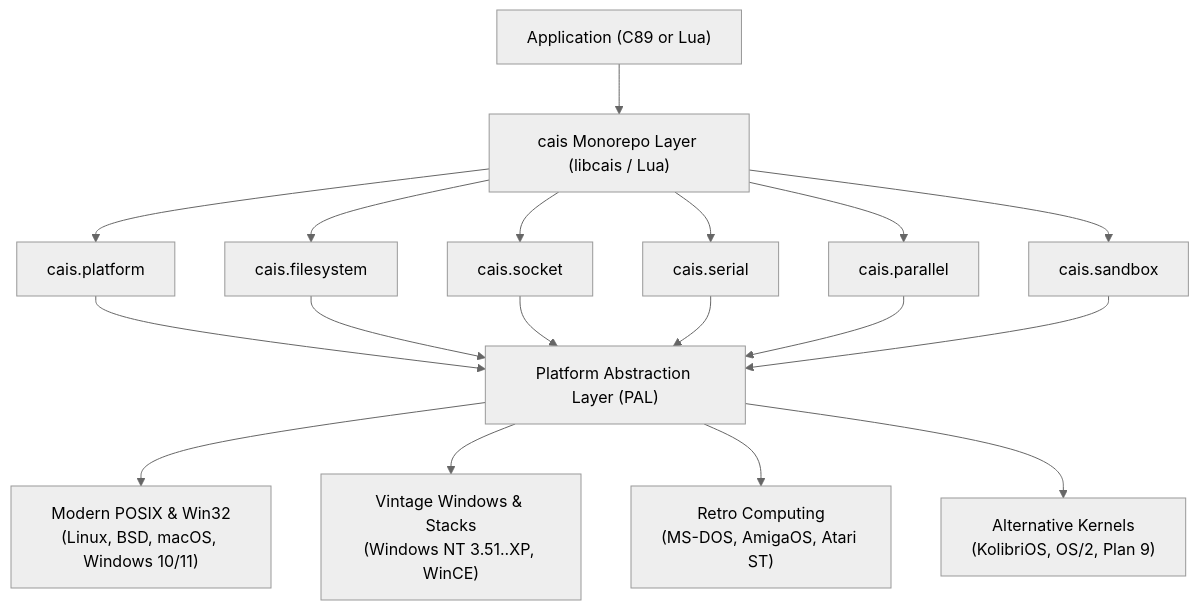
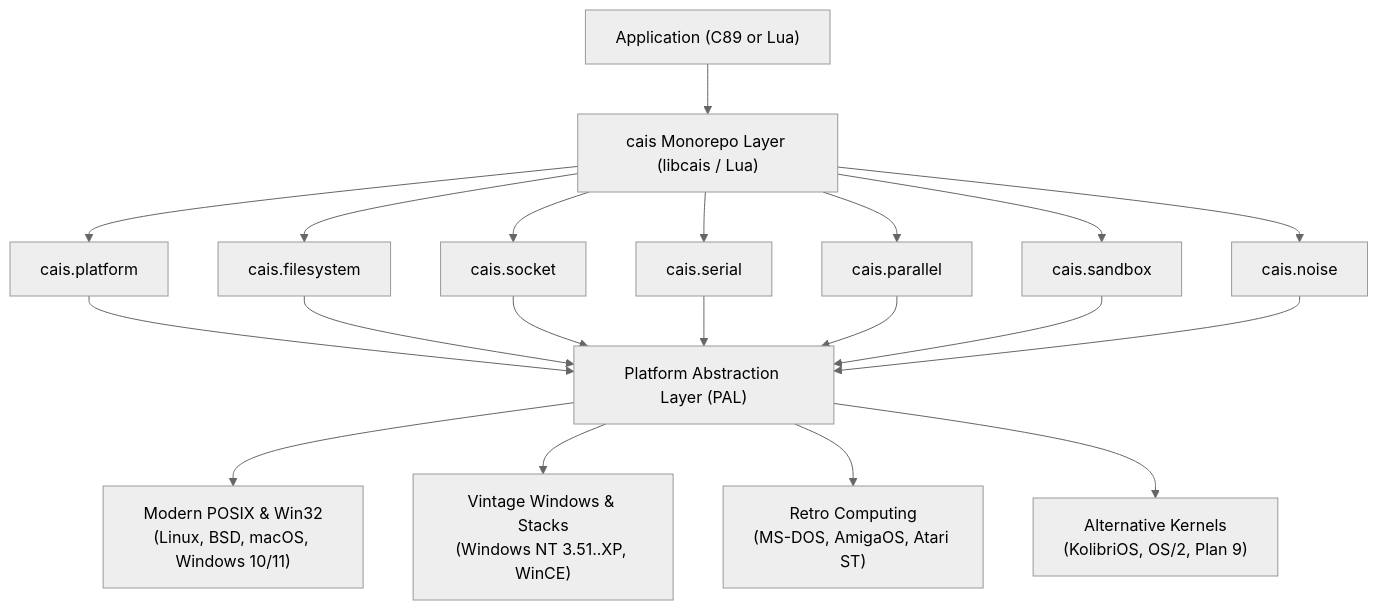
The diagram in docs/index.md (projectum-lunare/cais), drawn with Mermaid (neutral theme) before and after one commit. The commit also changed other lines of this file and 7 other files, not shown here.

````diff
--- a/docs/index.md
+++ b/docs/index.md
@@ -15,33 +15,35 @@
 ```mermaid
 graph TD
     UserApp["Application (C89 or Lua)"]
     Cais["cais Monorepo Layer (libcais / Lua)"]
     
     SubPlatform["cais.platform"]
     SubFS["cais.filesystem"]
     SubSocket["cais.socket"]
     SubSerial["cais.serial"]
     SubParallel["cais.parallel"]
     SubSandbox["cais.sandbox"]
+    SubNoise["cais.noise"]
     
     PAL["Platform Abstraction Layer (PAL)"]
     
     OSModern["Modern POSIX & Win32<br/>(Linux, BSD, macOS, Windows 10/11)"]
     OSVintage["Vintage Windows & Stacks<br/>(Windows NT 3.51..XP, WinCE)"]
     OSRetro["Retro Computing<br/>(MS-DOS, AmigaOS, Atari ST)"]
     OSExotic["Alternative Kernels<br/>(KolibriOS, OS/2, Plan 9)"]
 
     UserApp --> Cais
     Cais --> SubPlatform
     Cais --> SubFS
     Cais --> SubSocket
     Cais --> SubSerial
     Cais --> SubParallel
     Cais --> SubSandbox
+    Cais --> SubNoise
     
-    SubPlatform & SubFS & SubSocket & SubSerial & SubParallel & SubSandbox --> PAL
+    SubPlatform & SubFS & SubSocket & SubSerial & SubParallel & SubSandbox & SubNoise --> PAL
     PAL --> OSModern
     PAL --> OSVintage
     PAL --> OSRetro
     PAL --> OSExotic
 ```
````
